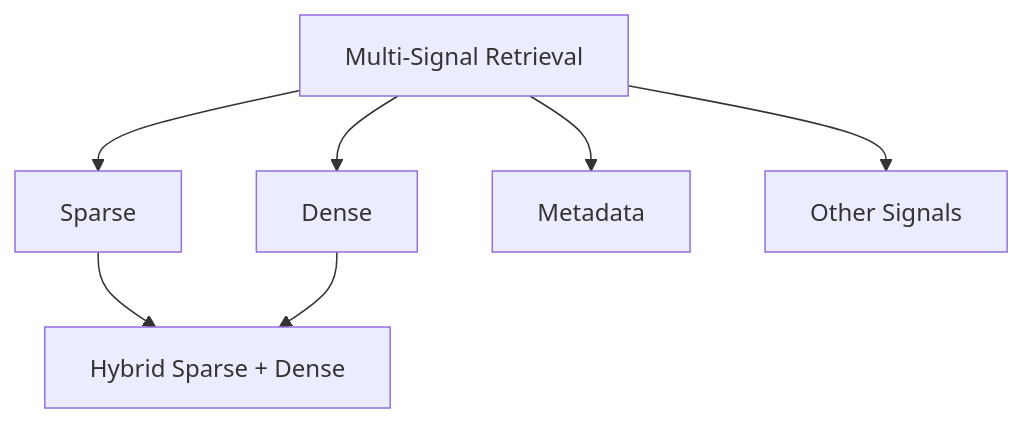
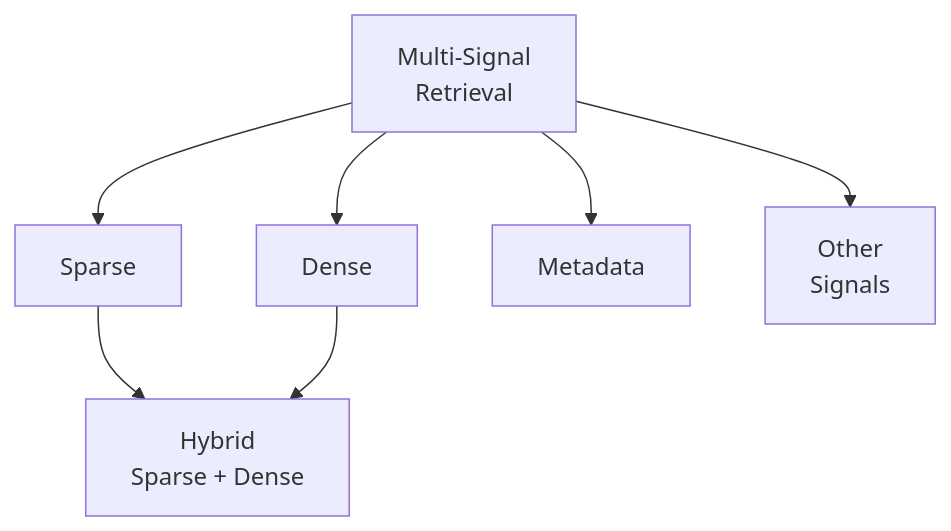
Diagram 11 of 14 in docs/architecture-insights/genai-and-rag/3.4_engineering_hybrid_retrieval_sparse_dense.md (MihirKJha/enterprise-ai-blog), drawn with Mermaid before and after one commit. The commit also changed other lines of this file, not shown here.

First line of the commit message:
Updated 3.5_architecting_multi_stage_retrieval_from_recall_to_precision.md

````diff
--- a/docs/architecture-insights/genai-and-rag/3.4_engineering_hybrid_retrieval_sparse_dense.md
+++ b/docs/architecture-insights/genai-and-rag/3.4_engineering_hybrid_retrieval_sparse_dense.md
@@ -422,9 +422,9 @@
 ```mermaid
 graph TD
-    M[Multi-Signal Retrieval] --> S[Sparse]
+    M[Multi-Signal<br/>Retrieval] --> S[Sparse]
     M --> D[Dense]
     M --> MD[Metadata]
-    M --> O[Other Signals]
-    S --> H[Hybrid Sparse + Dense]
+    M --> O[Other<br/>Signals]
+    S --> H[Hybrid<br/>Sparse + Dense]
     D --> H
 ```
````
